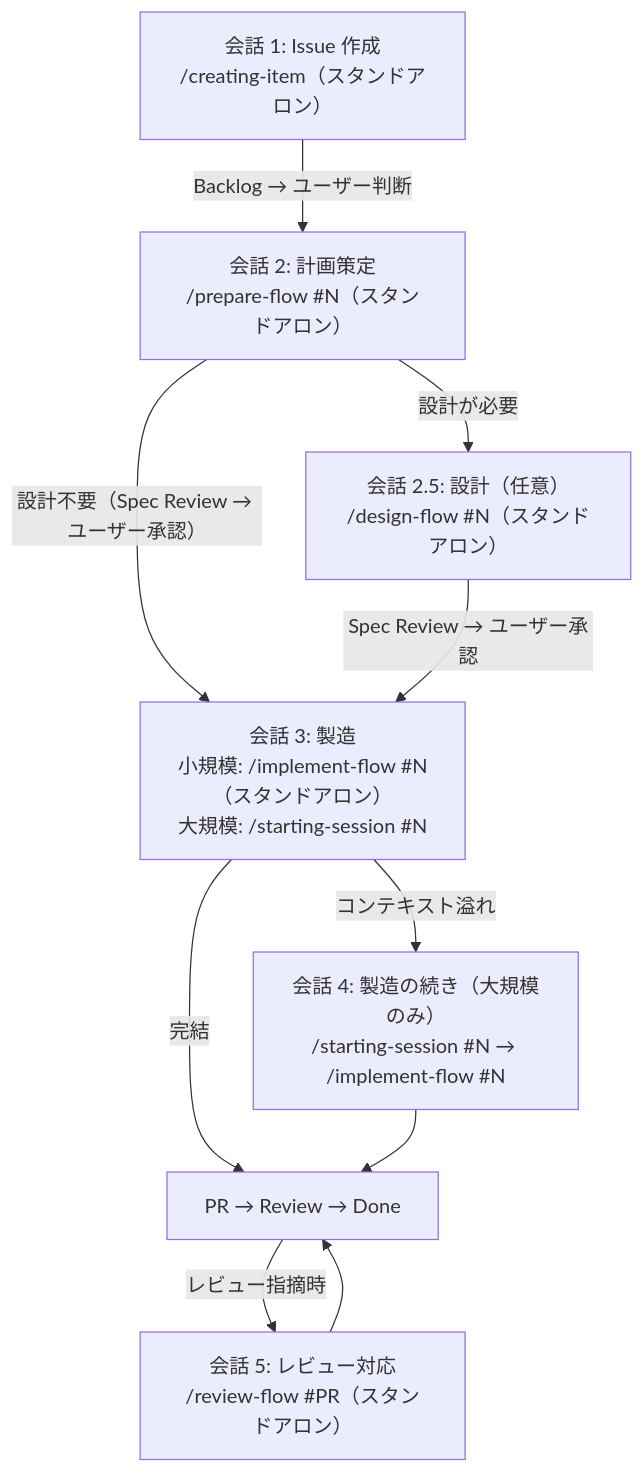
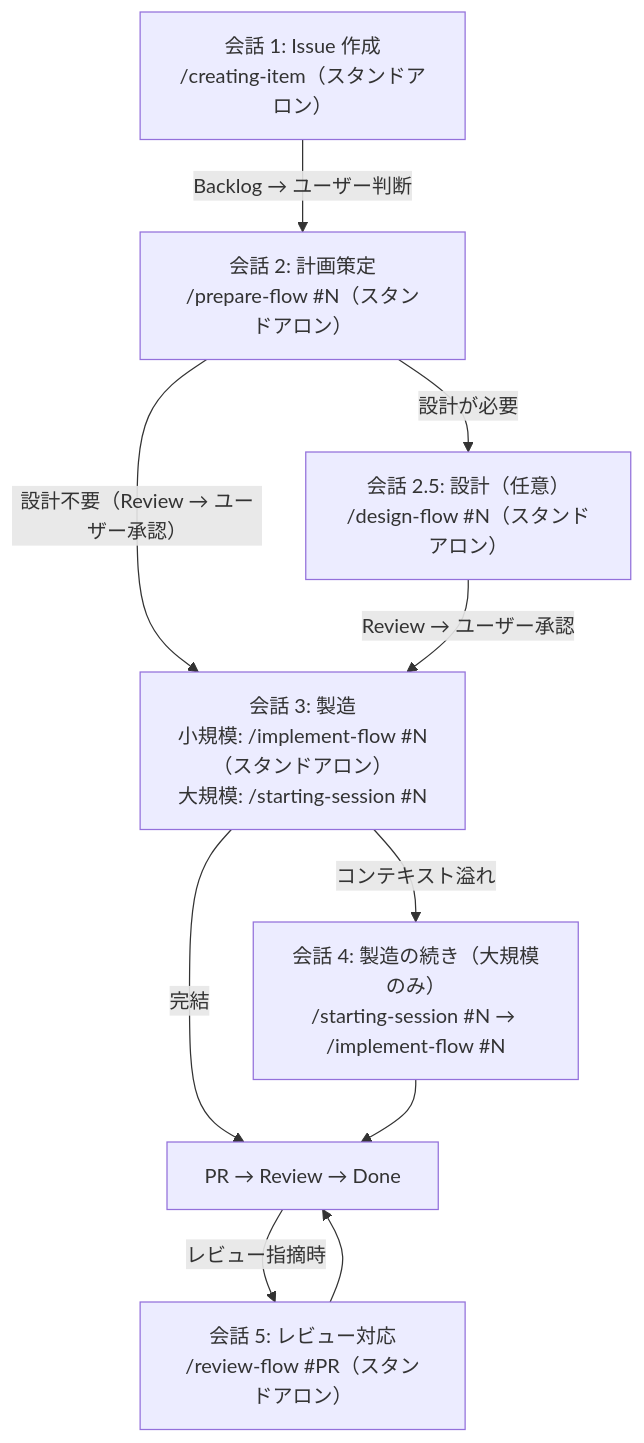
Before and after one commit to ShirokumaLibrary/shirokuma-plugins: the first of 2 diagrams in shirokuma-skills-ja/skills/implement-flow/reference/workflow-details.md, drawn with Mermaid. The commit also changed other lines of this file and 51 other files, not shown here.

````diff
--- a/shirokuma-skills-ja/skills/implement-flow/reference/workflow-details.md
+++ b/shirokuma-skills-ja/skills/implement-flow/reference/workflow-details.md
@@ -9,18 +9,18 @@
 ```mermaid
 graph TD
     C1["会話 1: Issue 作成<br/>/creating-item（スタンドアロン）"]
     C2["会話 2: 計画策定<br/>/prepare-flow #N（スタンドアロン）"]
     C2D["会話 2.5: 設計（任意）<br/>/design-flow #N（スタンドアロン）"]
     C3["会話 3: 製造<br/>小規模: /implement-flow #N（スタンドアロン）<br/>大規模: /starting-session #N"]
     C4["会話 4: 製造の続き（大規模のみ）<br/>/starting-session #N → /implement-flow #N"]
 
     C1 -->|"Backlog → ユーザー判断"| C2
     C2 -->|"設計が必要"| C2D
-    C2 -->|"設計不要（Spec Review → ユーザー承認）"| C3
-    C2D -->|"Spec Review → ユーザー承認"| C3
+    C2 -->|"設計不要（Review → ユーザー承認）"| C3
+    C2D -->|"Review → ユーザー承認"| C3
     C3 -->|"コンテキスト溢れ"| C4
     C3 -->|"完結"| Done["PR → Review → Done"]
     C4 --> Done
     Done -->|"レビュー指摘時"| C5["会話 5: レビュー対応<br/>/review-flow #PR（スタンドアロン）"]
     C5 --> Done
 ```
````
